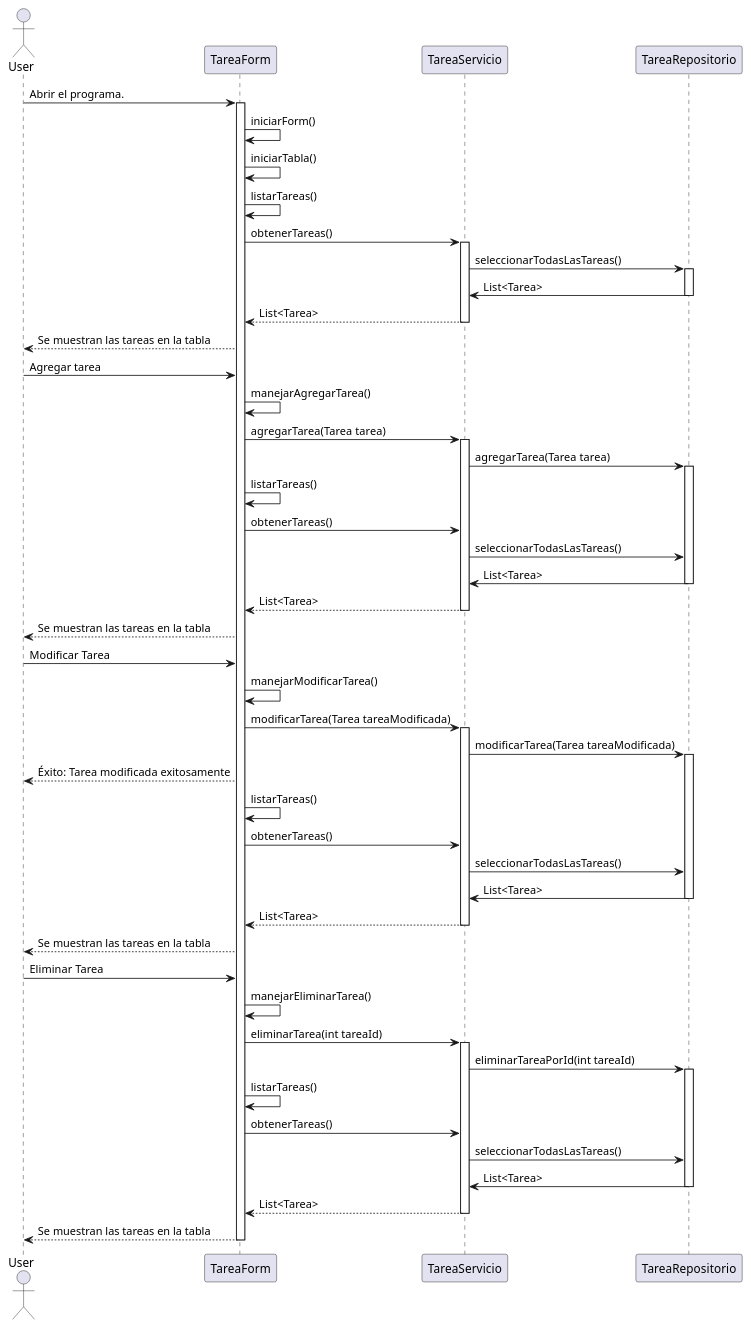
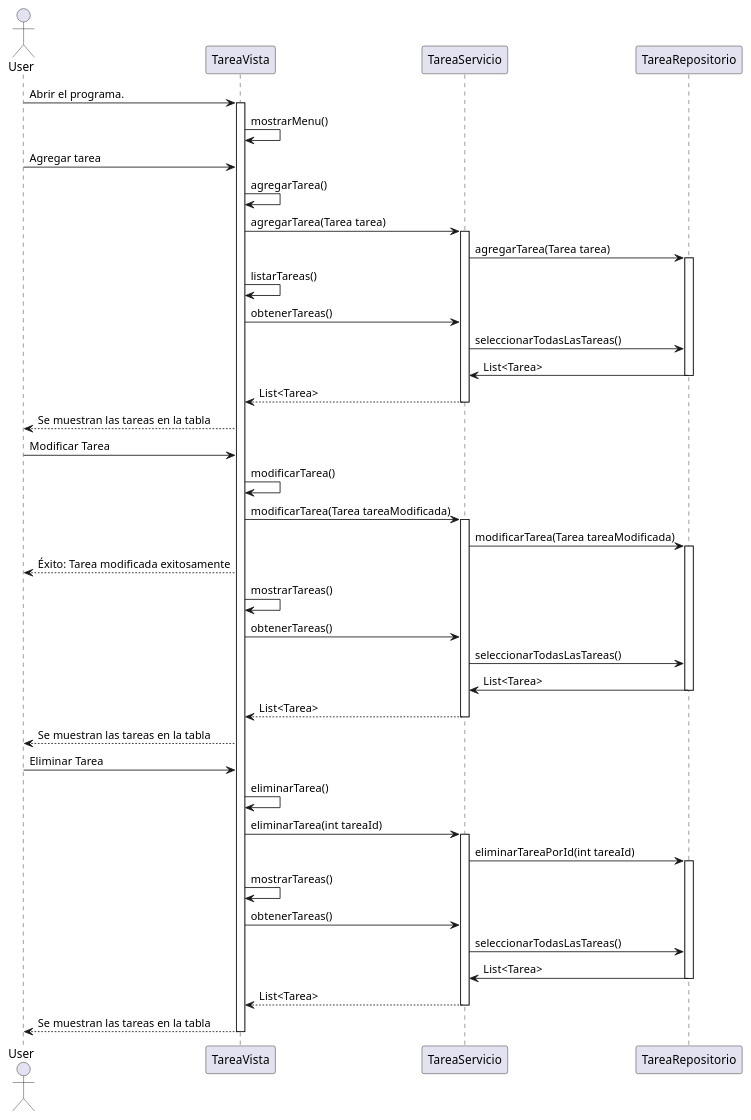
One commit to nicomuros/actividad-m3-acsofttek changed the diagram in diagramas/Diagrama de secuencia.puml. Above: the diagram before and after it, drawn with PlantUML. The commit also changed 3 other files, not shown here.

Commit message:
Diagramas actualizados

```diff
--- a/diagramas/Diagrama de secuencia.puml
+++ b/diagramas/Diagrama de secuencia.puml
@@ -1,66 +1,56 @@
 @startuml
 actor User
 
-User -> TareaForm: Abrir el programa.
-activate TareaForm
-TareaForm -> TareaForm: iniciarForm()
-TareaForm -> TareaForm: iniciarTabla()
-TareaForm -> TareaForm: listarTareas()
-TareaForm -> TareaServicio: obtenerTareas()
-activate TareaServicio
-TareaServicio -> TareaRepositorio: seleccionarTodasLasTareas()
-activate TareaRepositorio
-TareaRepositorio -> TareaServicio: List<Tarea>
-deactivate TareaRepositorio
-TareaServicio --> TareaForm: List<Tarea>
-deactivate TareaServicio
-TareaForm --> User: Se muestran las tareas en la tabla
+User -> TareaVista: Abrir el programa.
+activate TareaVista
+TareaVista -> TareaVista: mostrarMenu()
 
-User -> TareaForm: Agregar tarea
-TareaForm -> TareaForm: manejarAgregarTarea()
-TareaForm -> TareaServicio: agregarTarea(Tarea tarea)
+
+User -> TareaVista: Agregar tarea
+TareaVista -> TareaVista: agregarTarea()
+TareaVista -> TareaServicio: agregarTarea(Tarea tarea)
 activate TareaServicio
 TareaServicio -> TareaRepositorio: agregarTarea(Tarea tarea)
 activate TareaRepositorio
-TareaForm -> TareaForm: listarTareas()
-TareaForm -> TareaServicio: obtenerTareas()
+TareaVista -> TareaVista: listarTareas()
+TareaVista -> TareaServicio: obtenerTareas()
 TareaServicio -> TareaRepositorio: seleccionarTodasLasTareas()
 TareaRepositorio -> TareaServicio: List<Tarea>
 deactivate TareaRepositorio
-TareaServicio --> TareaForm: List<Tarea>
+TareaServicio --> TareaVista: List<Tarea>
 deactivate TareaServicio
-TareaForm --> User: Se muestran las tareas en la tabla
+TareaVista --> User: Se muestran las tareas en la tabla
 
-User -> TareaForm: Modificar Tarea
-TareaForm -> TareaForm: manejarModificarTarea()
-TareaForm -> TareaServicio: modificarTarea(Tarea tareaModificada)
+User -> TareaVista: Modificar Tarea
+TareaVista -> TareaVista: modificarTarea()
+TareaVista -> TareaServicio: modificarTarea(Tarea tareaModificada)
 activate TareaServicio
 TareaServicio -> TareaRepositorio: modificarTarea(Tarea tareaModificada)
 activate TareaRepositorio
-TareaForm --> User: Éxito: Tarea modificada exitosamente
-TareaForm -> TareaForm: listarTareas()
-TareaForm -> TareaServicio: obtenerTareas()
+TareaVista --> User: Éxito: Tarea modificada exitosamente
+TareaVista -> TareaVista: mostrarTareas()
+TareaVista -> TareaServicio: obtenerTareas()
 TareaServicio -> TareaRepositorio: seleccionarTodasLasTareas()
 TareaRepositorio -> TareaServicio: List<Tarea>
 deactivate TareaRepositorio
-TareaServicio --> TareaForm: List<Tarea>
+TareaServicio --> TareaVista: List<Tarea>
 deactivate TareaServicio
-TareaForm --> User: Se muestran las tareas en la tabla
+TareaVista --> User: Se muestran las tareas en la tabla
 
-User -> TareaForm: Eliminar Tarea
-TareaForm -> TareaForm: manejarEliminarTarea()
-TareaForm -> TareaServicio: eliminarTarea(int tareaId)
+User -> TareaVista: Eliminar Tarea
+TareaVista -> TareaVista: eliminarTarea()
+TareaVista -> TareaServicio: eliminarTarea(int tareaId)
 activate TareaServicio
 TareaServicio -> TareaRepositorio: eliminarTareaPorId(int tareaId)
 activate TareaRepositorio
-TareaForm -> TareaForm: listarTareas()
-TareaForm -> TareaServicio: obtenerTareas()
+TareaVista -> TareaVista: mostrarTareas()
+TareaVista -> TareaServicio: obtenerTareas()
 TareaServicio -> TareaRepositorio: seleccionarTodasLasTareas()
 TareaRepositorio -> TareaServicio: List<Tarea>
 deactivate TareaRepositorio
-TareaServicio --> TareaForm: List<Tarea>
+TareaServicio --> TareaVista: List<Tarea>
 deactivate TareaServicio
-TareaForm --> User: Se muestran las tareas en la tabla
-deactivate TareaForm
+TareaVista --> User: Se muestran las tareas en la tabla
+deactivate TareaVista
 
 @enduml
```
